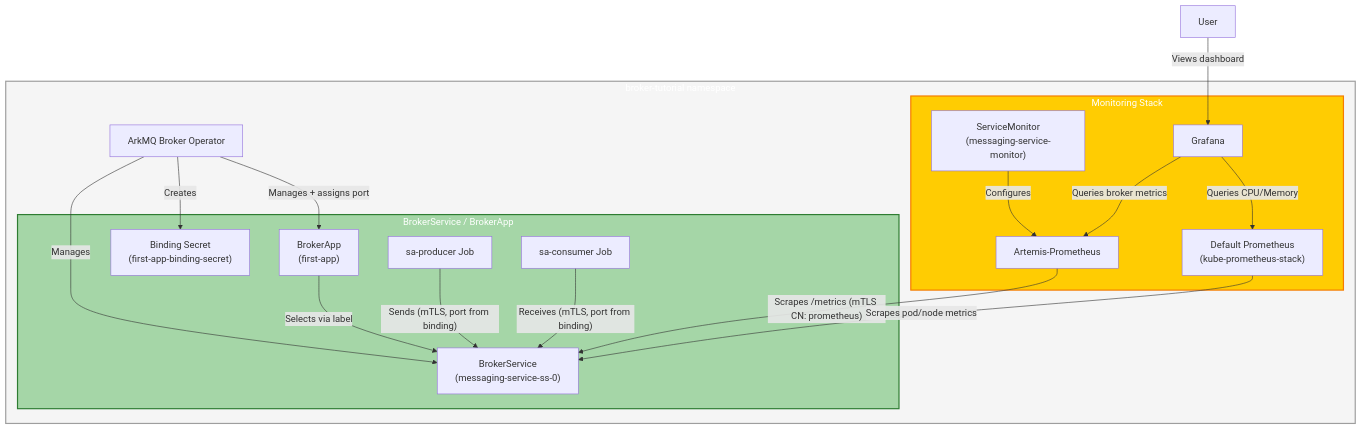
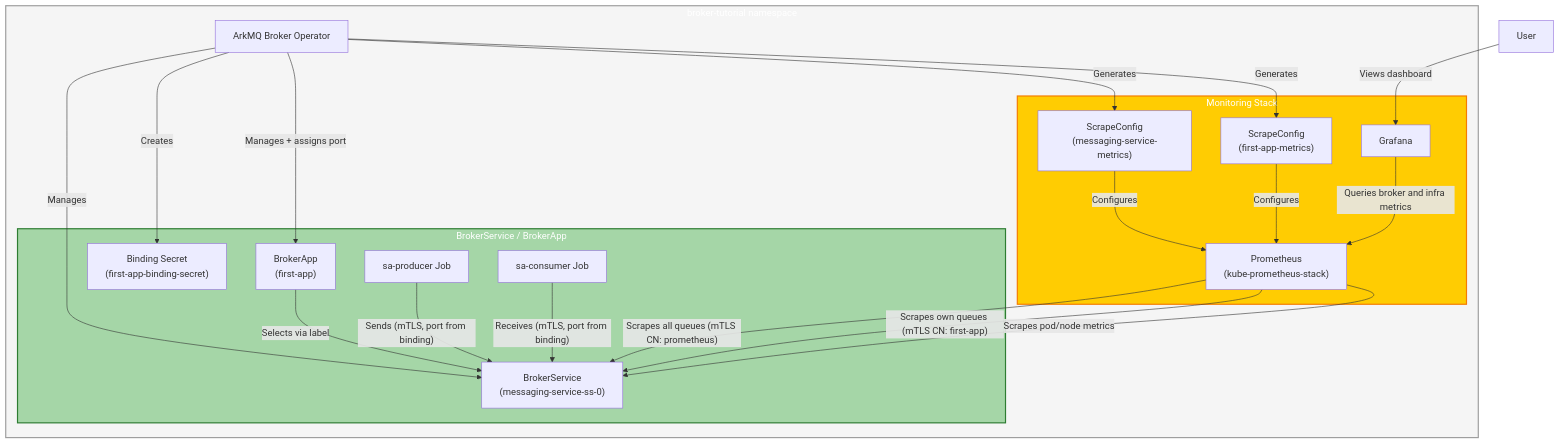
One commit to arkmq-org/arkmq-org-broker-operator changed the second of 2 diagrams in docs/tutorials/secure_messaging_with_monitoring.md. Above: the diagram before and after it, drawn with Mermaid. The commit also changed other lines of this file and 10 other files, not shown here.

````diff
--- a/docs/tutorials/secure_messaging_with_monitoring.md
+++ b/docs/tutorials/secure_messaging_with_monitoring.md
@@ -105,41 +105,44 @@
 ```mermaid
 graph TD
     subgraph broker_tutorial ["broker-tutorial namespace"]
         Operator["ArkMQ Broker Operator"]
 
         subgraph sa_scenario ["BrokerService / BrokerApp"]
             BrokerSvc["BrokerService<br/>(messaging-service-ss-0)"]
             BrokerApp["BrokerApp<br/>(first-app)"]
             BindingSecret["Binding Secret<br/>(first-app-binding-secret)"]
             SAProducer["sa-producer Job"]
             SAConsumer["sa-consumer Job"]
         end
 
         subgraph monitoring ["Monitoring Stack"]
-            ServiceMonitor["ServiceMonitor<br/>(messaging-service-monitor)"]
-            ArtemisProm["Artemis-Prometheus"]
-            DefaultProm["Default Prometheus<br/>(kube-prometheus-stack)"]
+            SvcScrape["ScrapeConfig<br/>(messaging-service-metrics)"]
+            AppScrape["ScrapeConfig<br/>(first-app-metrics)"]
+            Prom["Prometheus<br/>(kube-prometheus-stack)"]
             Grafana["Grafana"]
         end
     end
 
     Operator -->|"Manages"| BrokerSvc
     Operator -->|"Manages + assigns port"| BrokerApp
     Operator -->|"Creates"| BindingSecret
 
     BrokerApp -->|"Selects via label"| BrokerSvc
     SAProducer -->|"Sends (mTLS, port from binding)"| BrokerSvc
     SAConsumer -->|"Receives (mTLS, port from binding)"| BrokerSvc
 
-    ServiceMonitor -->|"Configures"| ArtemisProm
-    ArtemisProm -->|"Scrapes /metrics (mTLS CN: prometheus)"| BrokerSvc
-    DefaultProm -->|"Scrapes pod/node metrics"| BrokerSvc
-    Grafana -->|"Queries broker metrics"| ArtemisProm
-    Grafana -->|"Queries CPU/Memory"| DefaultProm
+    Operator -->|"Generates"| SvcScrape
+    Operator -->|"Generates"| AppScrape
+    SvcScrape -->|"Configures"| Prom
+    AppScrape -->|"Configures"| Prom
+    Prom -->|"Scrapes all queues (mTLS CN: prometheus)"| BrokerSvc
+    Prom -->|"Scrapes own queues (mTLS CN: first-app)"| BrokerSvc
+    Prom -->|"Scrapes pod/node metrics"| BrokerSvc
+    Grafana -->|"Queries broker and infra metrics"| Prom
 
     style sa_scenario fill:#a5d6a7,stroke:#2e7d32,stroke-width:2px,color:#ffffff
     style monitoring fill:#ffcc02,stroke:#f57c00,stroke-width:2px,color:#ffffff
     style broker_tutorial fill:#f5f5f5,stroke:#9e9e9e,stroke-width:2px,color:#ffffff
 
     User["User"] -->|"Views dashboard"| Grafana
 ```
````
